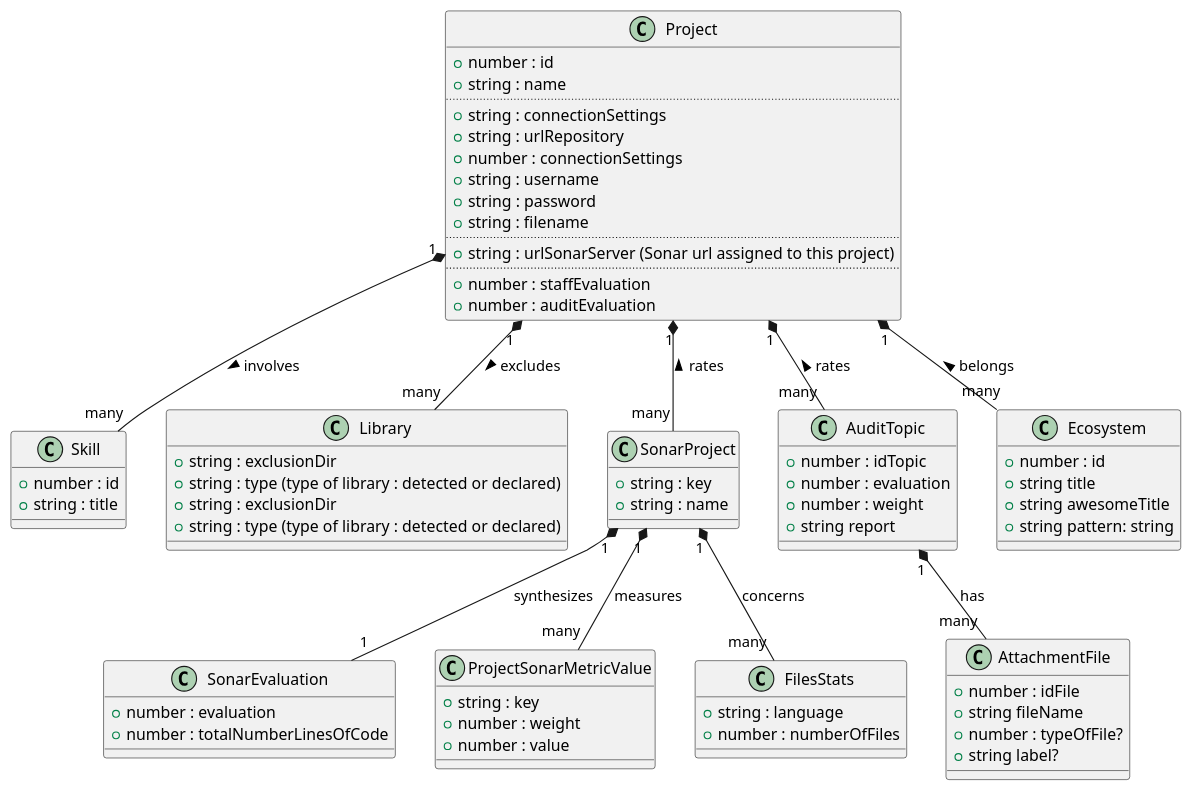
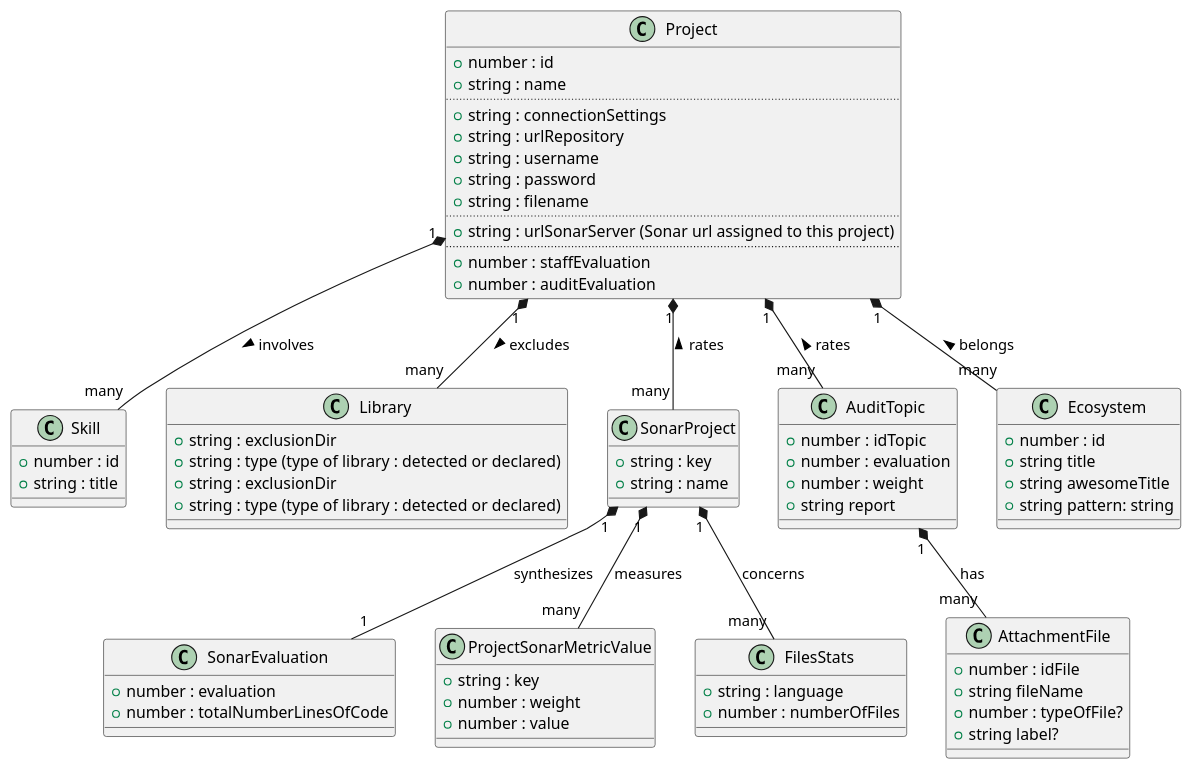
One commit to fitzhi/site changed the first of 2 diagrams in generated/fitzhi-documentation.adoc. Above: the diagram before and after it, drawn with PlantUML. The commit also changed other lines of this file and 4 other files, not shown here.

```diff
--- a/generated/fitzhi-documentation.adoc
+++ b/generated/fitzhi-documentation.adoc
@@ -14,7 +14,6 @@
 ..
 + {field} string : connectionSettings
 + {field} string : urlRepository
-+ {field} number : connectionSettings 
 + {field} string : username
 + {field} string : password
 + {field} string : filename
```
